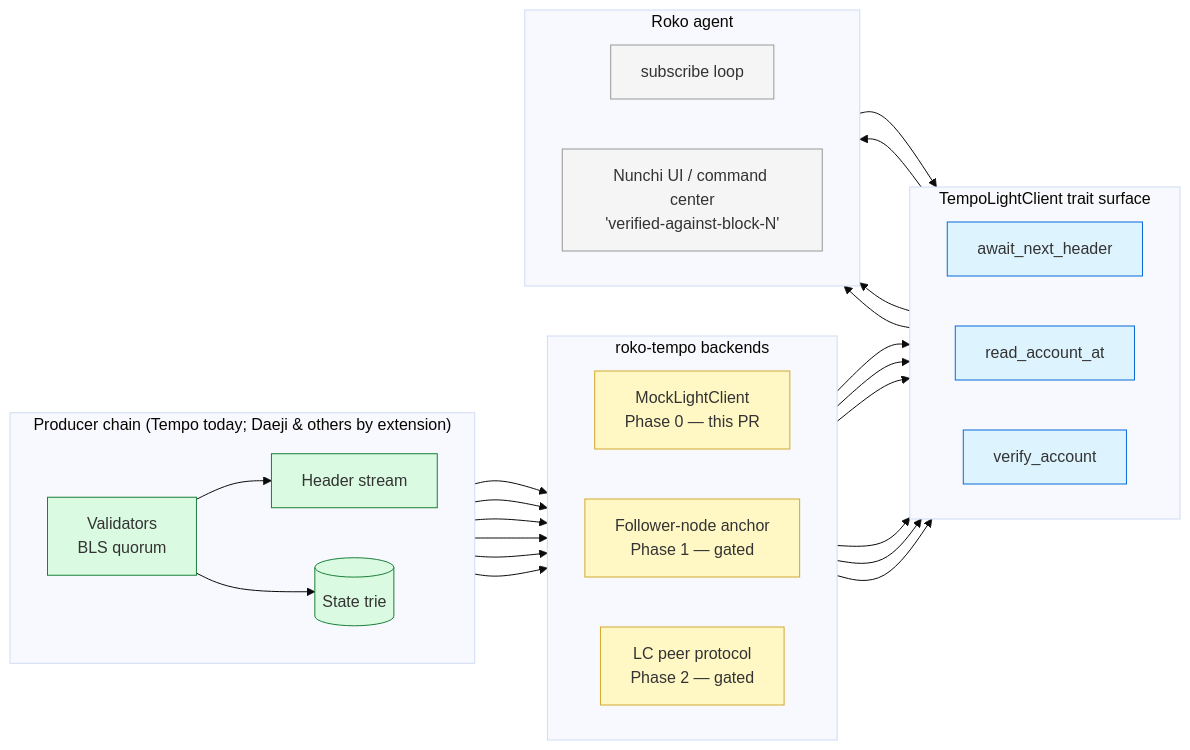
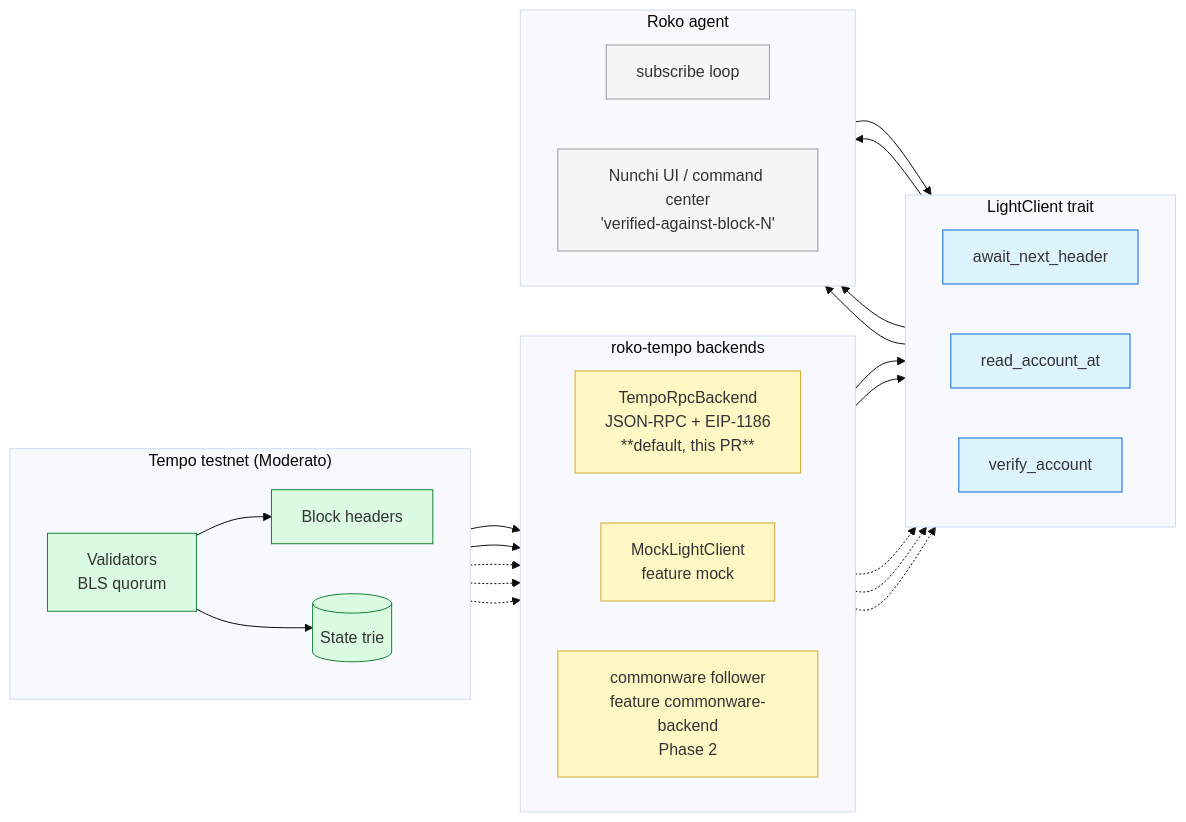
Before and after one commit to Nunchi-trade/roko: the diagram in docs/08-chain/25-tempo-light-client.md, drawn with Mermaid. The commit also changed other lines of this file and 11 other files, not shown here.

````diff
--- a/docs/08-chain/25-tempo-light-client.md
+++ b/docs/08-chain/25-tempo-light-client.md
@@ -27,57 +27,55 @@
 ```mermaid
 %%{init: {'theme': 'base'}}%%
 flowchart LR
-    subgraph PROD["Producer chain (Tempo today; Daeji & others by extension)"]
+    subgraph PROD["Tempo testnet (Moderato)"]
         direction LR
         V[Validators<br/>BLS quorum]
         S[(State trie)]
-        H[Header stream]
+        H[Block headers]
         V --> H
         V --> S
     end
     subgraph BACK["roko-tempo backends"]
         direction LR
-        MOCK[MockLightClient<br/>Phase 0 — this PR]
-        FOLLOW[Follower-node anchor<br/>Phase 1 — gated]
-        LCP[LC peer protocol<br/>Phase 2 — gated]
+        RPC[TempoRpcBackend<br/>JSON-RPC + EIP-1186<br/>**default, this PR**]
+        MOCK[MockLightClient<br/>feature mock]
+        CW[commonware follower<br/>feature commonware-backend<br/>Phase 2]
     end
-    subgraph LC["TempoLightClient trait surface"]
+    subgraph LC["LightClient trait"]
         direction LR
         AWAIT[await_next_header]
         READ[read_account_at]
         VERIFY[verify_account]
     end
     subgraph AGENT["Roko agent"]
         direction LR
         SUB[subscribe loop]
         UI[Nunchi UI / command center<br/>'verified-against-block-N']
     end
 
-    H --> MOCK
-    H --> FOLLOW
-    H --> LCP
-    S --> MOCK
-    S --> FOLLOW
-    S --> LCP
+    H --> RPC
+    S --> RPC
+    H -.-> MOCK
+    H -.-> CW
+    S -.-> CW
 
-    MOCK --> AWAIT
-    FOLLOW --> AWAIT
-    LCP --> AWAIT
-    MOCK --> READ
-    FOLLOW --> READ
-    LCP --> READ
+    RPC --> AWAIT
+    RPC --> READ
+    MOCK -.-> AWAIT
+    CW -.-> AWAIT
+    CW -.-> READ
 
     AWAIT --> SUB
     READ --> SUB
     SUB --> VERIFY
     VERIFY --> UI
 
     classDef prod fill:#dafbe1,stroke:#1a7f37
     classDef back fill:#fff8c5,stroke:#d4a72c
     classDef trait fill:#ddf4ff,stroke:#0969da
     classDef agent fill:#f5f5f5,stroke:#999
     class V,S,H prod
-    class MOCK,FOLLOW,LCP back
+    class RPC,MOCK,CW back
     class AWAIT,READ,VERIFY trait
     class SUB,UI agent
 ```
````
